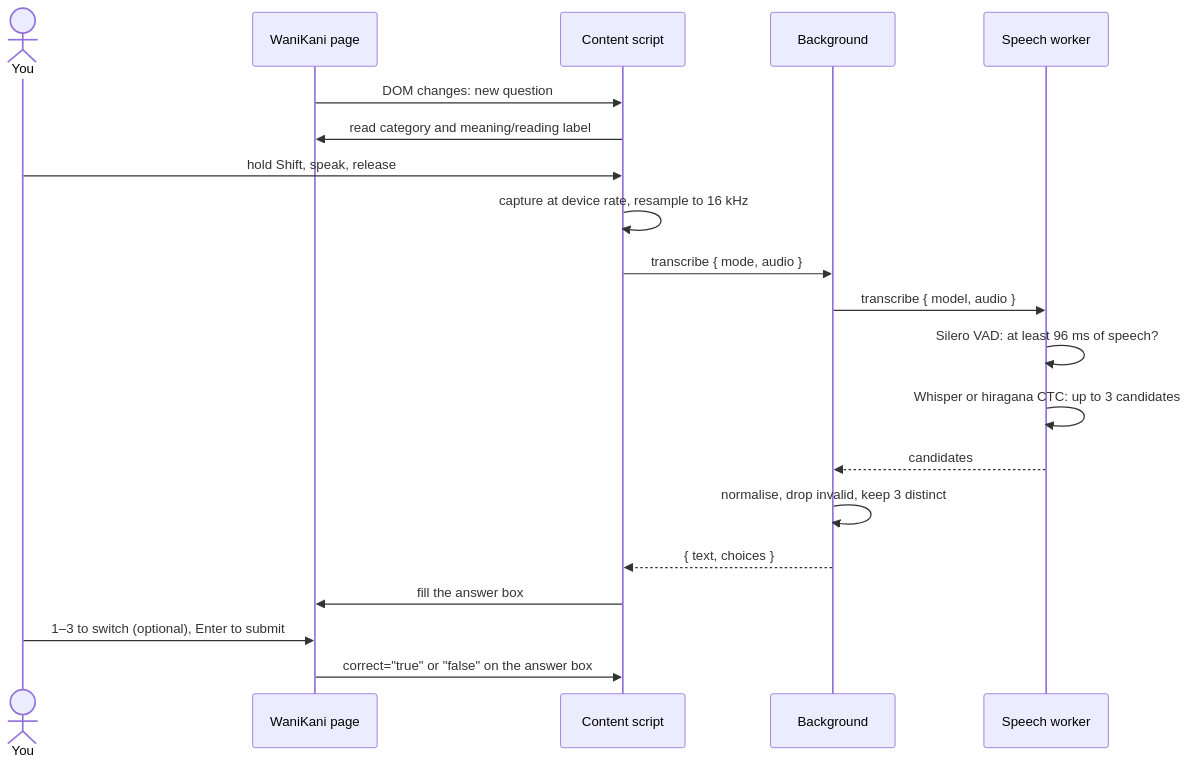
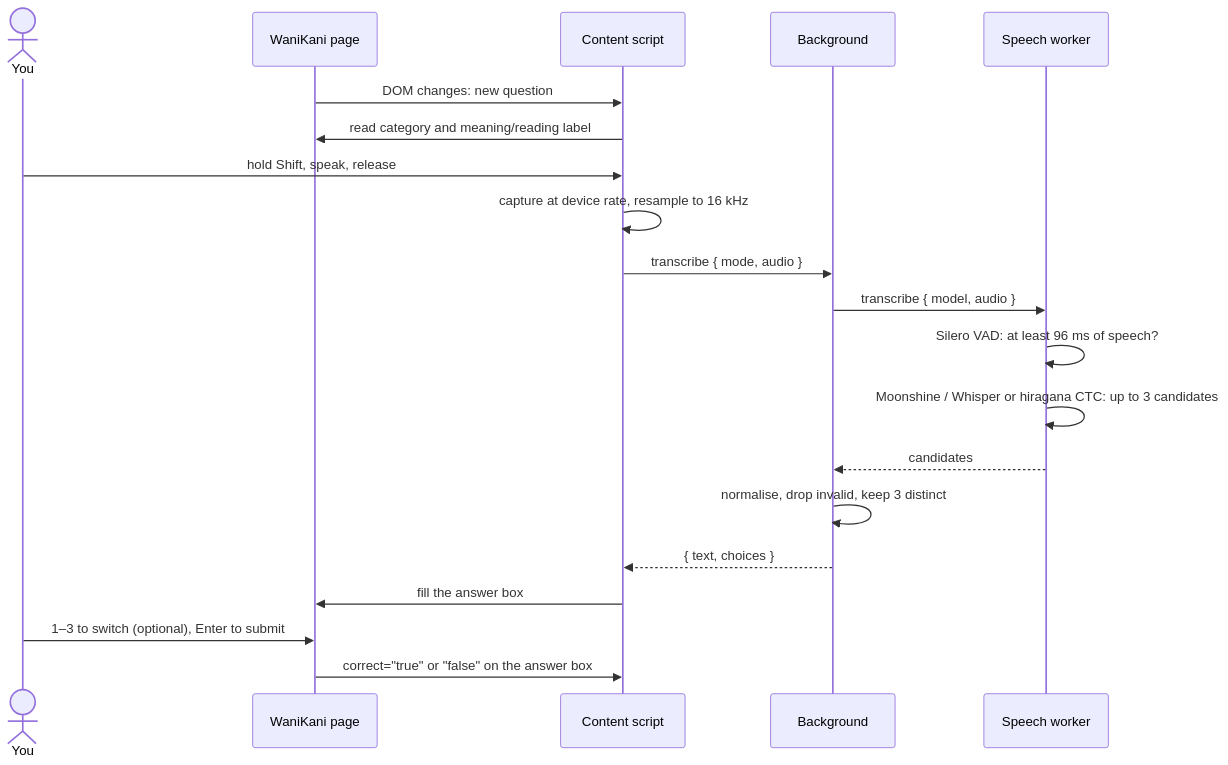
One commit to jsmrcina/wanikani-voice changed the second of 2 diagrams in README.md. Above: the diagram before and after it, drawn with Mermaid. The commit also changed other lines of this file and 29 other files, not shown here.

````diff
--- a/README.md
+++ b/README.md
@@ -203,22 +235,22 @@
 ```mermaid
 sequenceDiagram
   actor You
   participant P as WaniKani page
   participant C as Content script
   participant B as Background
   participant W as Speech worker
   P->>C: DOM changes: new question
   C->>P: read category and meaning/reading label
   You->>C: hold Shift, speak, release
   C->>C: capture at device rate, resample to 16 kHz
   C->>B: transcribe { mode, audio }
   B->>W: transcribe { model, audio }
   W->>W: Silero VAD: at least 96 ms of speech?
-  W->>W: Whisper or hiragana CTC: up to 3 candidates
+  W->>W: Moonshine / Whisper or hiragana CTC: up to 3 candidates
   W-->>B: candidates
   B->>B: normalise, drop invalid, keep 3 distinct
   B-->>C: { text, choices }
   C->>P: fill the answer box
   You->>P: 1–3 to switch (optional), Enter to submit
   P->>C: correct="true" or "false" on the answer box
 ```
````
